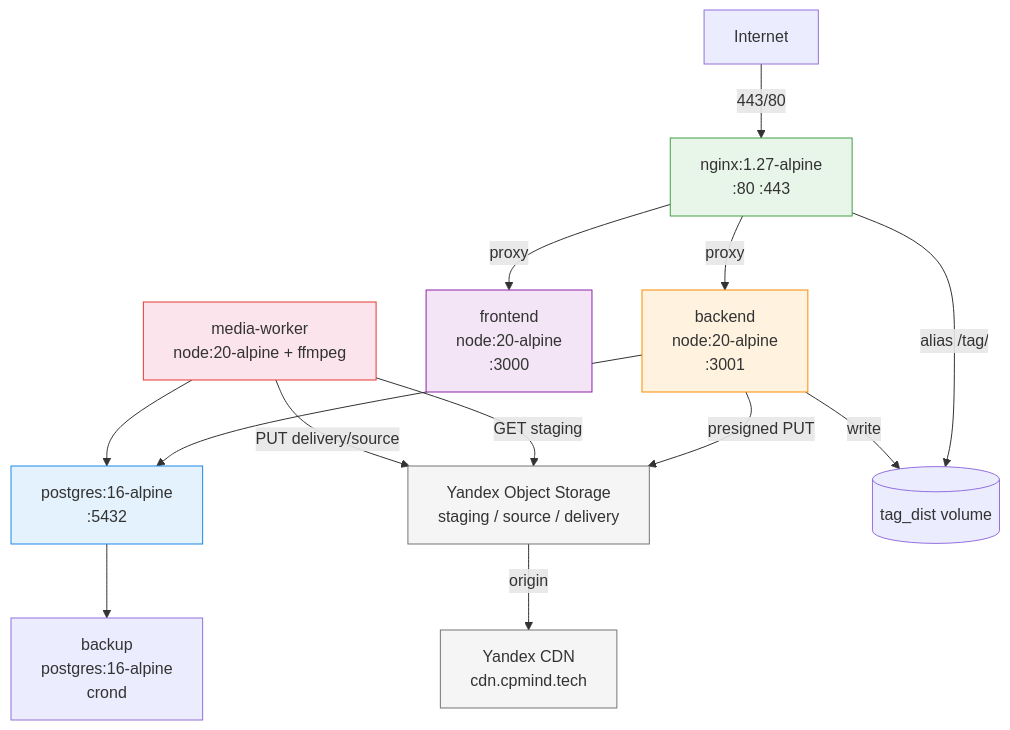
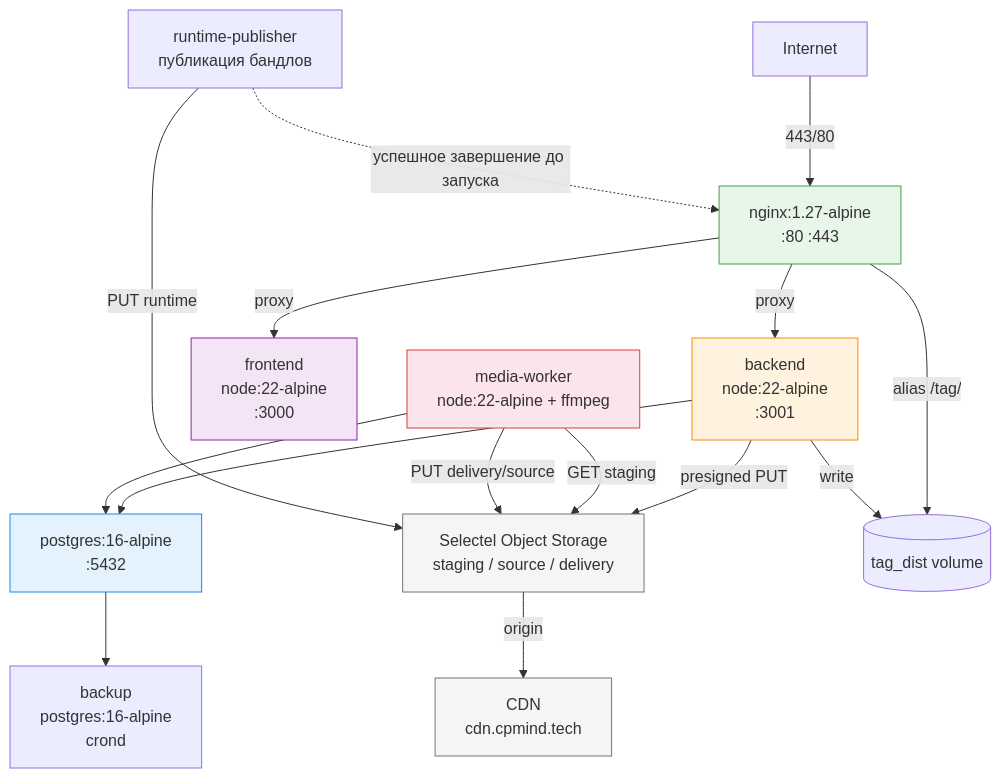
The second of 13 diagrams in docs/ARCHITECTURE.md (StepanCyberPsy/CPMind-core), drawn with Mermaid before and after one commit. The commit also changed other lines of this file and 11 other files, not shown here.

````diff
--- a/docs/ARCHITECTURE.md
+++ b/docs/ARCHITECTURE.md
@@ -122,34 +128,37 @@
 ```mermaid
 graph TD
     internet["Internet"]
     nginx["nginx:1.27-alpine<br/>:80 :443"]
-    backend["backend<br/>node:20-alpine<br/>:3001"]
-    frontend["frontend<br/>node:20-alpine<br/>:3000"]
-    worker["media-worker<br/>node:20-alpine + ffmpeg"]
+    backend["backend<br/>node:22-alpine<br/>:3001"]
+    frontend["frontend<br/>node:22-alpine<br/>:3000"]
+    worker["media-worker<br/>node:22-alpine + ffmpeg"]
     postgres["postgres:16-alpine<br/>:5432"]
     backup["backup<br/>postgres:16-alpine<br/>crond"]
+    publisher["runtime-publisher<br/>публикация бандлов"]
 
-    ycs["Yandex Object Storage<br/>staging / source / delivery"]
-    cdn["Yandex CDN<br/>cdn.cpmind.tech"]
+    ycs["Selectel Object Storage<br/>staging / source / delivery"]
+    cdn["CDN<br/>cdn.cpmind.tech"]
 
     internet -->|"443/80"| nginx
     nginx -->|"proxy"| backend
     nginx -->|"proxy"| frontend
     nginx -->|"alias /tag/"| tag_vol[("tag_dist volume")]
     backend -->|"write"| tag_vol
     backend --> postgres
     backend -->|"presigned PUT"| ycs
     worker --> postgres
     worker -->|"GET staging"| ycs
     worker -->|"PUT delivery/source"| ycs
+    publisher -->|"PUT runtime"| ycs
+    publisher -.->|"успешное завершение до запуска"| nginx
     ycs -->|"origin"| cdn
     postgres --> backup
 
     style nginx fill:#e8f5e9,stroke:#43a047
     style backend fill:#fff3e0,stroke:#fb8c00
     style frontend fill:#f3e5f5,stroke:#8e24aa
     style worker fill:#fce4ec,stroke:#e53935
     style postgres fill:#e3f2fd,stroke:#1e88e5
     style ycs fill:#f5f5f5,stroke:#757575
     style cdn fill:#f5f5f5,stroke:#757575
 ```
````
